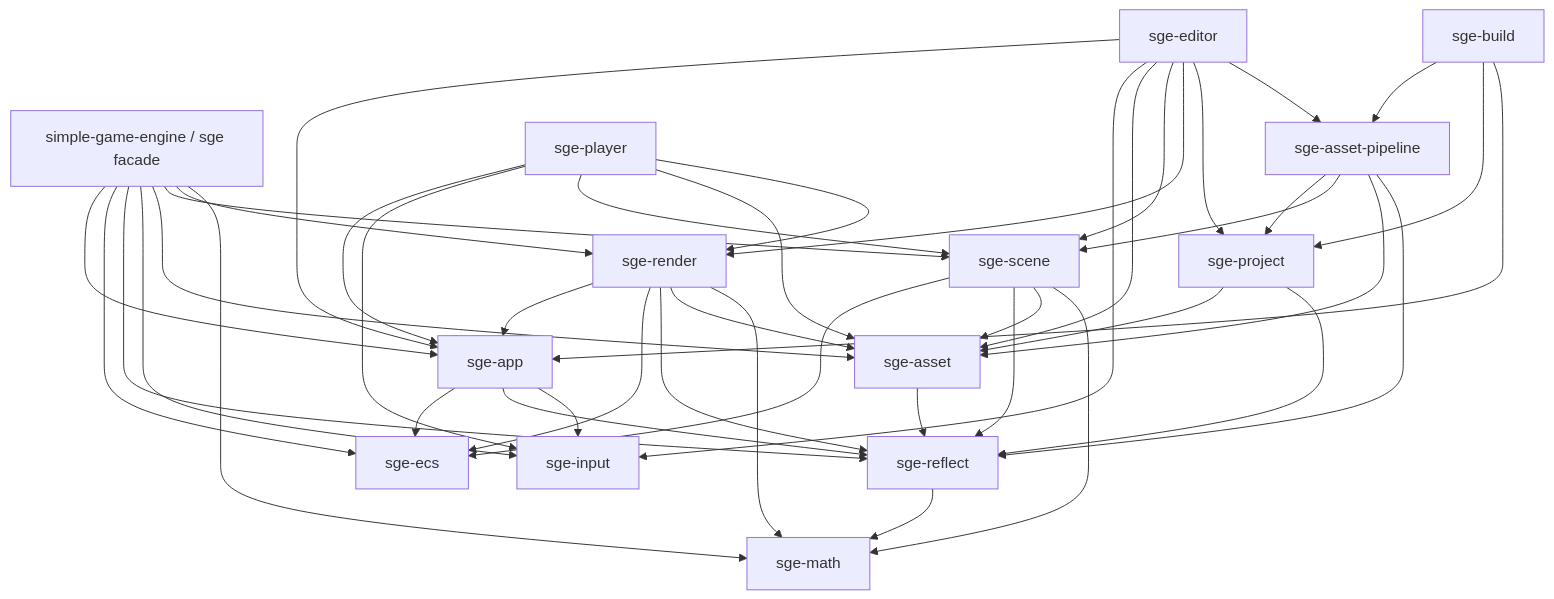
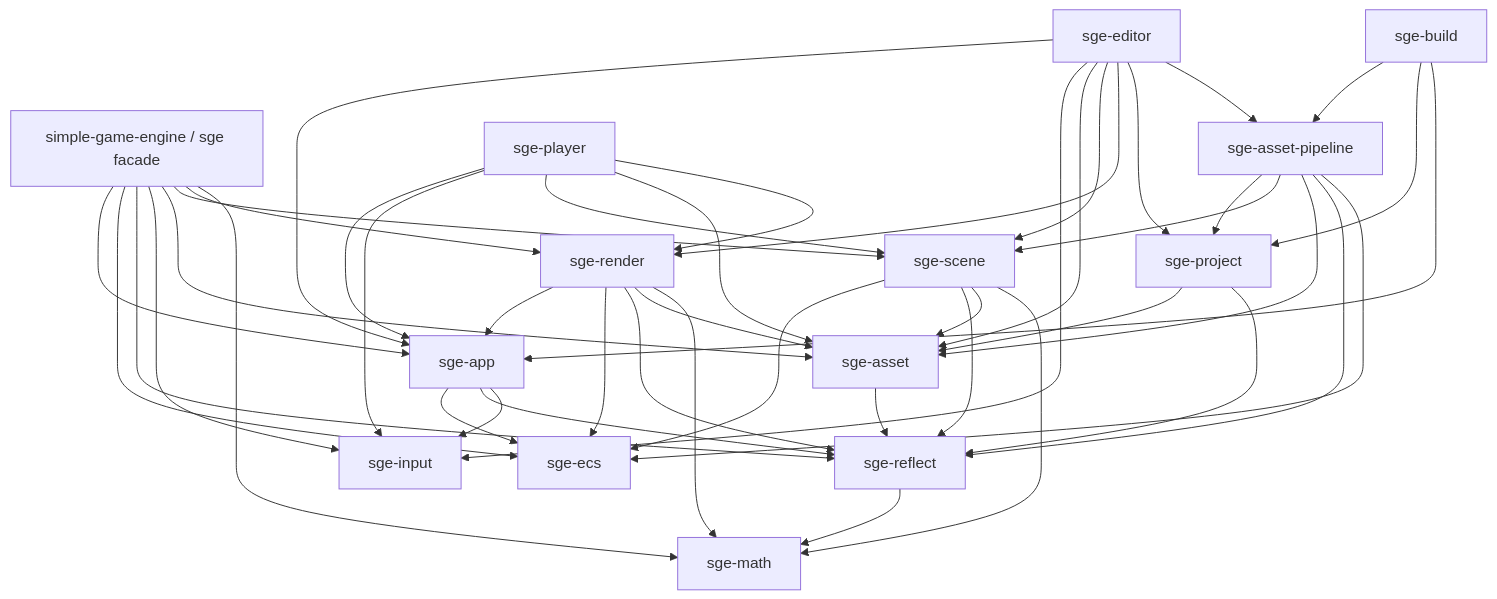
The second of 3 diagrams in docs/superpowers/specs/2026-07-11-rust-engine-target-architecture-design.md (MRNIU/SimpleGameEngine), drawn with Mermaid before and after one commit. The commit also changed other lines of this file and 3 other files, not shown here.

First line of the commit message:
docs(architecture): 批准 M3 runtime products 合同

````diff
--- a/docs/superpowers/specs/2026-07-11-rust-engine-target-architecture-design.md
+++ b/docs/superpowers/specs/2026-07-11-rust-engine-target-architecture-design.md
@@ -166,55 +167,56 @@
 ```mermaid
 flowchart TD
   Facade["simple-game-engine / sge facade"] --> App["sge-app"]
   Facade --> ECS["sge-ecs"]
   Facade --> Reflect["sge-reflect"]
   Facade --> Input["sge-input"]
   Facade --> Asset["sge-asset"]
   Facade --> Scene["sge-scene"]
   Facade --> Render["sge-render"]
   Facade --> Math["sge-math"]
 
   App --> ECS
   App --> Reflect
   App --> Input
 
   Reflect --> Math
 
   Asset --> Reflect
   Scene --> ECS
   Scene --> Reflect
   Scene --> Asset
   Scene --> Math
 
   Project["sge-project"] --> Asset
   Project --> Reflect
 
   Render --> App
   Render --> ECS
   Render --> Reflect
   Render --> Asset
   Render --> Math
 
   Editor["sge-editor"] --> App
   Editor --> Input
   Editor --> Asset
   Editor --> Scene
   Editor --> Render
   Editor --> Project
   Editor --> Pipeline["sge-asset-pipeline"]
 
   Player["sge-player"] --> App
   Player --> Input
   Player --> Scene
   Player --> Asset
   Player --> Render
 
   Pipeline --> Project
   Pipeline --> Scene
   Pipeline --> Asset
   Pipeline --> Reflect
+  Pipeline --> ECS
 
   Build["sge-build"] --> Pipeline
   Build --> Project
   Build --> App
 ```
````
